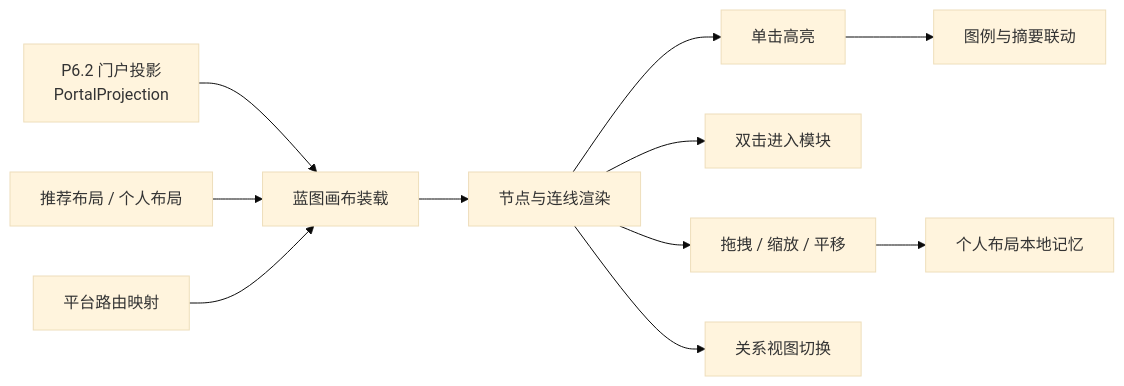
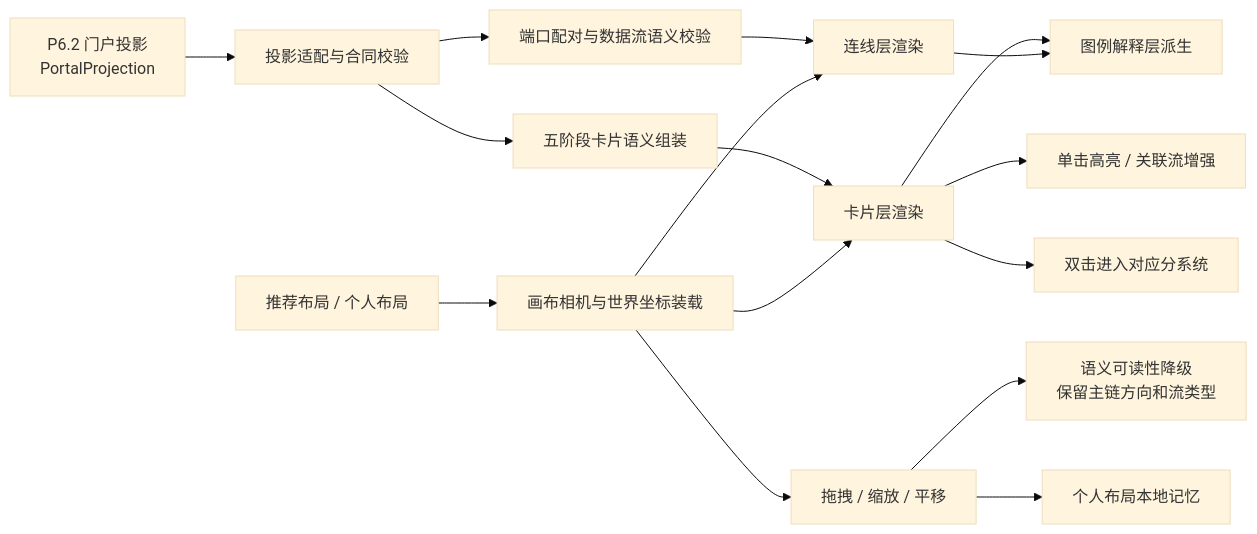
Before and after one commit to wgwtest/CodeFactoryV2: the first of 4 diagrams in DOC/CODEX_DOC/02_设计说明/P6_门户与平台入口/P6.1-首屏观察门户设计.md, drawn with Mermaid (base theme). The commit also changed other lines of this file and 94 other files, not shown here.

````diff
--- a/DOC/CODEX_DOC/02_设计说明/P6_门户与平台入口/P6.1-首屏观察门户设计.md
+++ b/DOC/CODEX_DOC/02_设计说明/P6_门户与平台入口/P6.1-首屏观察门户设计.md
@@ -158,13 +241,18 @@
 ```mermaid
 flowchart LR
-    A["P6.2 门户投影<br/>PortalProjection"] --> B["蓝图画布装载"]
-    C["推荐布局 / 个人布局"] --> B
-    D["平台路由映射"] --> B
-    B --> E["节点与连线渲染"]
-    E --> F["单击高亮"]
-    E --> G["双击进入模块"]
-    E --> H["拖拽 / 缩放 / 平移"]
-    E --> I["关系视图切换"]
-    F --> J["图例与摘要联动"]
-    H --> K["个人布局本地记忆"]
+    A["P6.2 门户投影<br/>PortalProjection"] --> B["投影适配与合同校验"]
+    B --> C["五阶段卡片语义组装"]
+    B --> D["端口配对与数据流语义校验"]
+    E["推荐布局 / 个人布局"] --> F["画布相机与世界坐标装载"]
+    C --> G["卡片层渲染"]
+    D --> H["连线层渲染"]
+    F --> G
+    F --> H
+    G --> I["图例解释层派生"]
+    H --> I
+    G --> J["单击高亮 / 关联流增强"]
+    G --> K["双击进入对应分系统"]
+    F --> L["拖拽 / 缩放 / 平移"]
+    L --> M["语义可读性降级<br/>保留主链方向和流类型"]
+    L --> N["个人布局本地记忆"]
 ```
````
